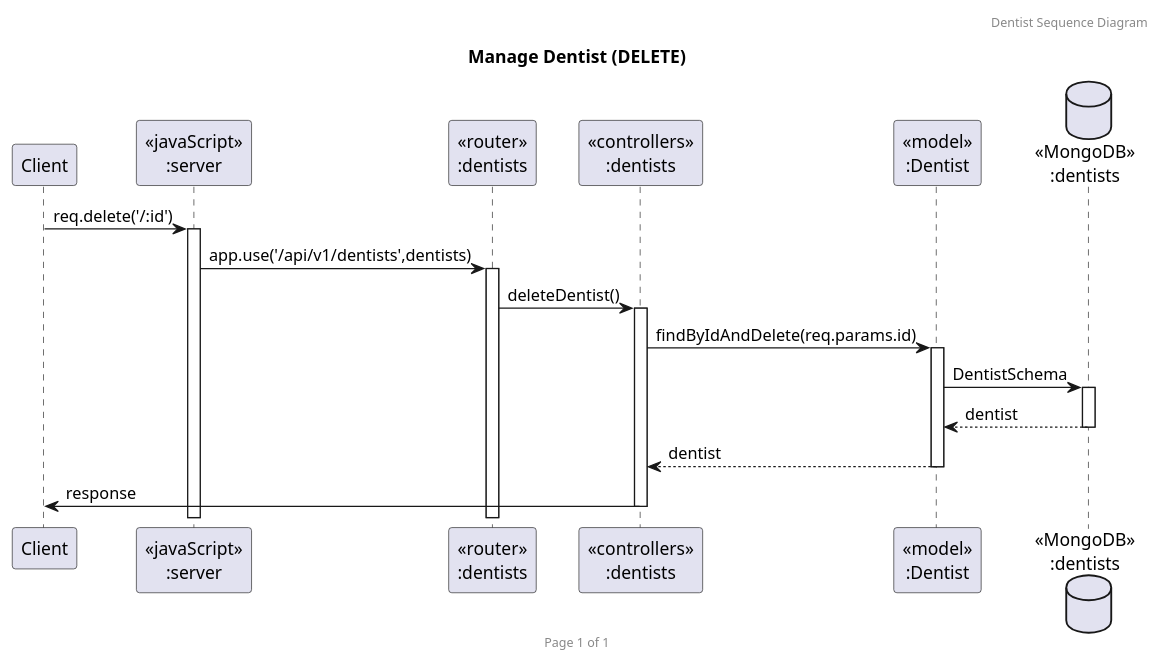
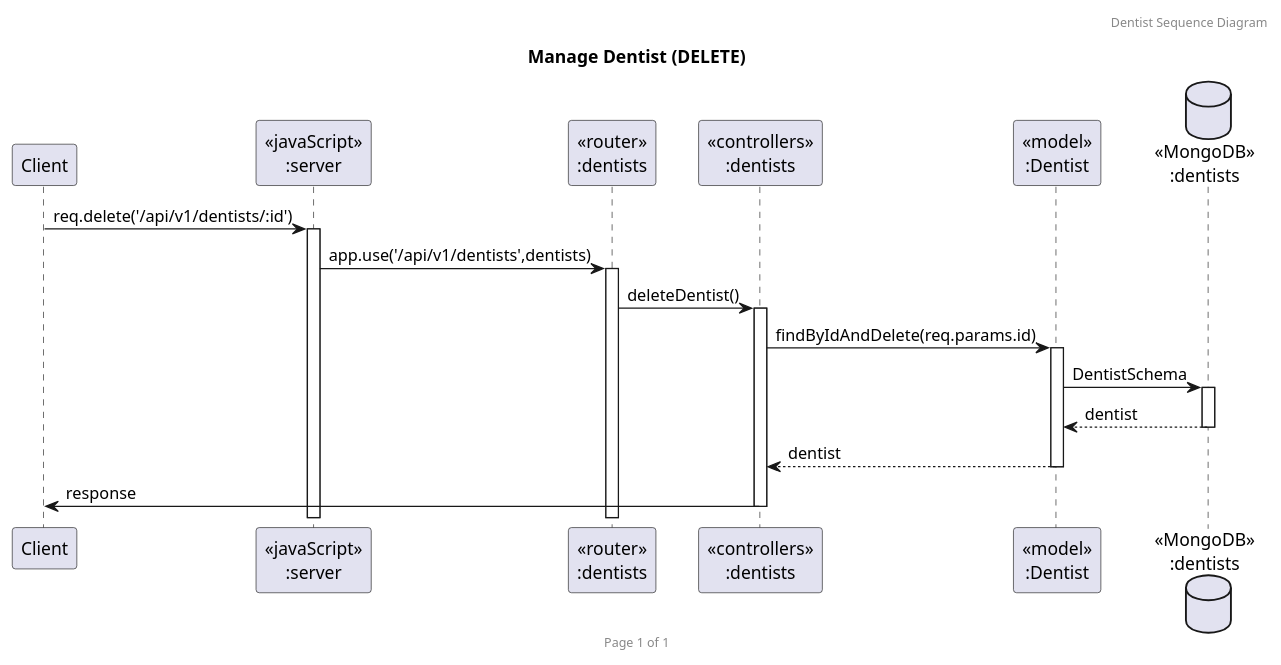
Before and after one commit to 2110503TACEDT66/presentation-day-1-privacy: the diagram in SequenceDiagram/dentdelete.puml, drawn with PlantUML. The commit also changed 16 other files, not shown here.

Commit message:
edit sequenceDiagram

```diff
--- a/SequenceDiagram/dentdelete.puml
+++ b/SequenceDiagram/dentdelete.puml
@@ -1,23 +1,23 @@
 @startuml Manage Dentist (DELETE)
 
 header Dentist Sequence Diagram
 footer Page %page% of %lastpage%
 title "Manage Dentist (DELETE)"
 
 participant "Client" as client
 participant "<<javaScript>>\n:server" as server
 participant "<<router>>\n:dentists" as routerDentists
 participant "<<controllers>>\n:dentists" as controllersDentists
 participant "<<model>>\n:Dentist" as modelDentists
 database "<<MongoDB>>\n:dentists" as DentistsDatabase
 
-client->server ++:req.delete('/:id')
+client->server ++:req.delete('/api/v1/dentists/:id')
 server->routerDentists ++:app.use('/api/v1/dentists',dentists)
 routerDentists -> controllersDentists ++:deleteDentist()
 controllersDentists->modelDentists ++:findByIdAndDelete(req.params.id)
 modelDentists ->DentistsDatabase ++:DentistSchema
 DentistsDatabase --> modelDentists --:dentist
 controllersDentists <-- modelDentists --:dentist
 controllersDentists->client --:response
 
 @enduml
```
